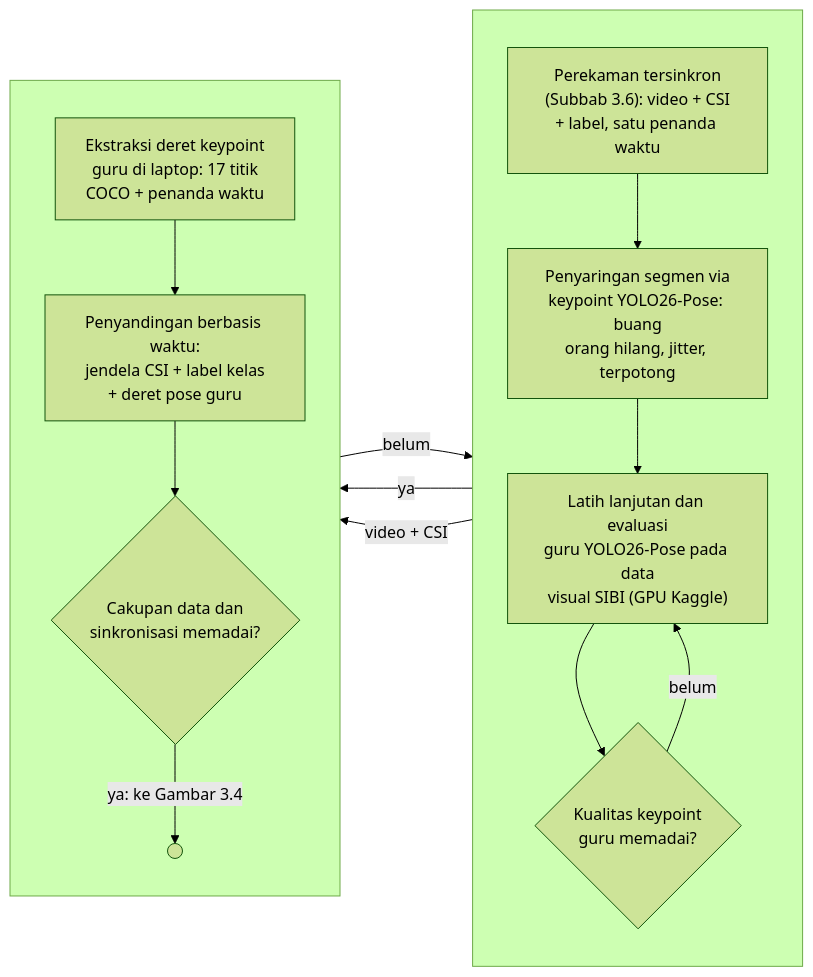
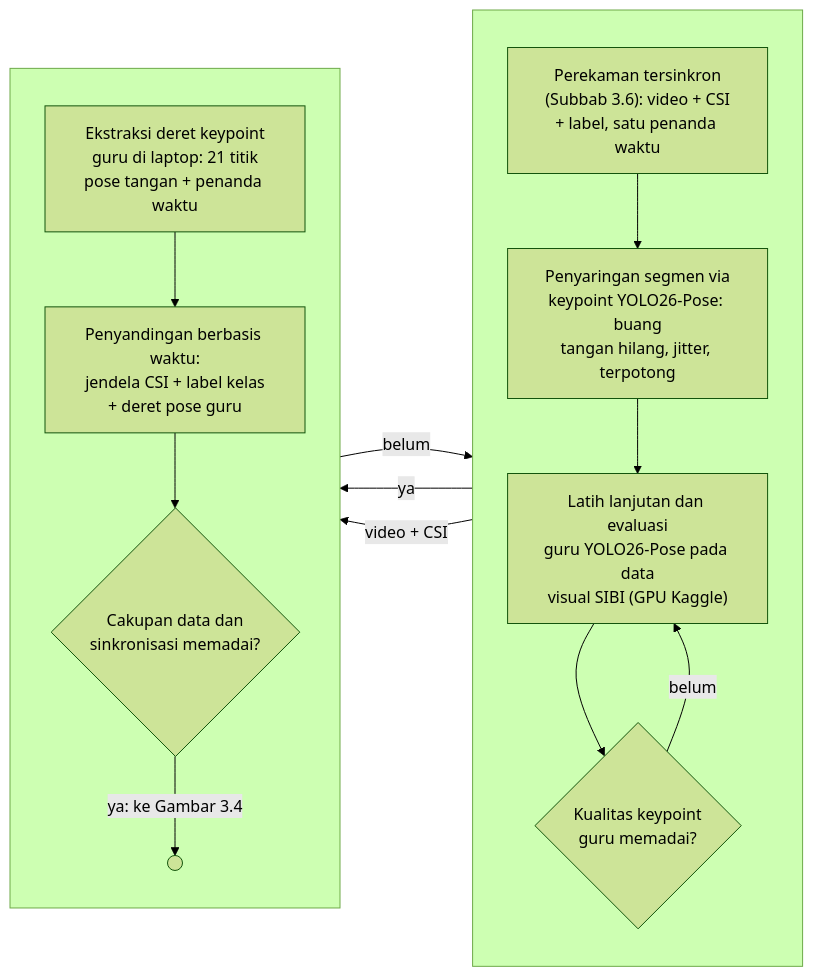
The third of 8 diagrams in download/translator-sibi-final/draft-final.md (ILoveTahuTek/skripsi), drawn with Mermaid (forest theme) before and after one commit. The commit also changed other lines of this file and 15 other files, not shown here.

````diff
--- a/download/translator-sibi-final/draft-final.md
+++ b/download/translator-sibi-final/draft-final.md
@@ -353,26 +353,26 @@
 ```mermaid
 flowchart LR
     subgraph KA[" "]
         direction TB
         REC["Perekaman tersinkron<br/>(Subbab 3.6): video + CSI<br/>+ label, satu penanda waktu"]
-        FLT["Penyaringan segmen via<br/>keypoint YOLO26-Pose: buang<br/>orang hilang, jitter, terpotong"]
+        FLT["Penyaringan segmen via<br/>keypoint YOLO26-Pose: buang<br/>tangan hilang, jitter, terpotong"]
         TT["Latih lanjutan dan evaluasi<br/>guru YOLO26-Pose pada data<br/>visual SIBI (GPU Kaggle)"]
         TQ{"Kualitas keypoint<br/>guru memadai?"}
         REC --> FLT
         FLT --> TT
         TT --> TQ
         TQ -- "belum" --> TT
     end
     subgraph KB[" "]
         direction TB
-        Y26["Ekstraksi deret keypoint<br/>guru di laptop: 17 titik<br/>COCO + penanda waktu"]
+        Y26["Ekstraksi deret keypoint<br/>guru di laptop: 21 titik<br/>pose tangan + penanda waktu"]
         PAIR["Penyandingan berbasis waktu:<br/>jendela CSI + label kelas<br/>+ deret pose guru"]
         DQ{"Cakupan data dan<br/>sinkronisasi memadai?"}
         Y26 --> PAIR
         PAIR --> DQ
         DQ -- "ya: ke Gambar 3.4" --> EXIT((" "))
     end
     KA -- "ya" --> KB
     KA -- "video + CSI" --> KB
     KB -- "belum" --> KA
 ```
````
